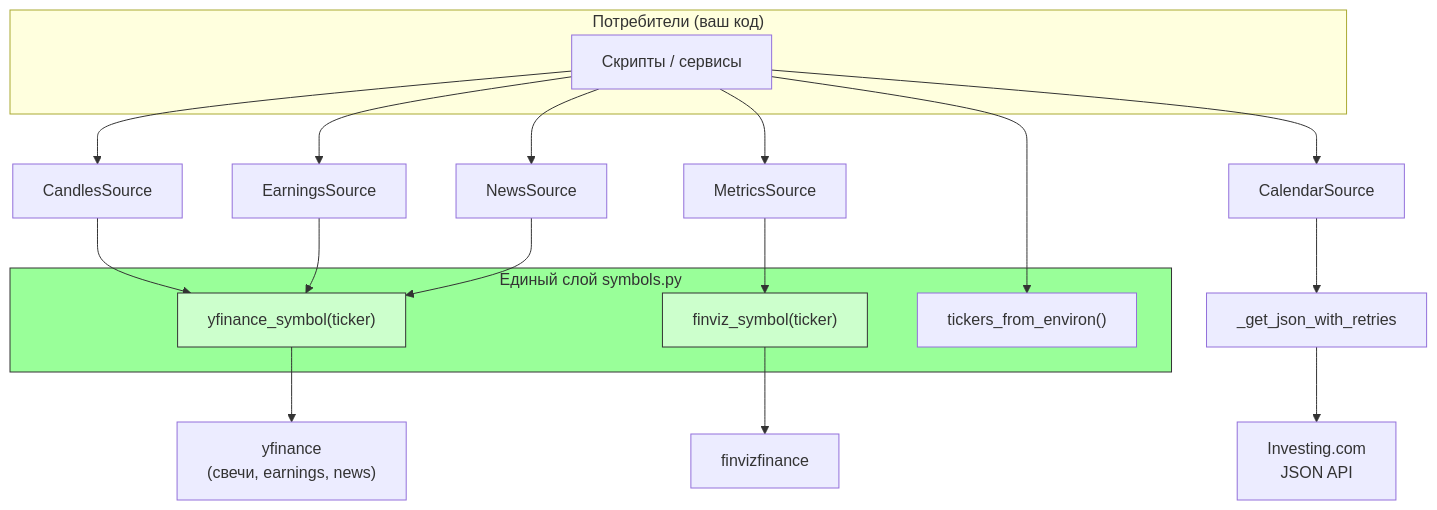
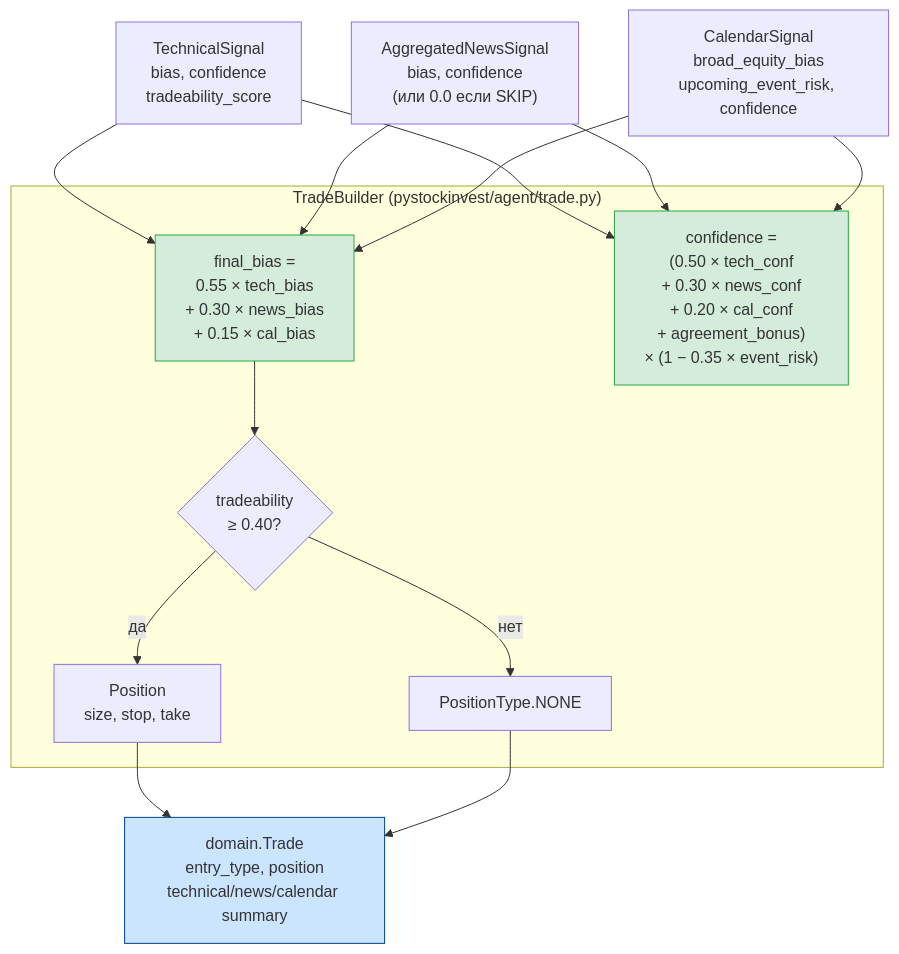
One commit to kobyzev-yuri/nyse changed the fifth of 6 diagrams in docs/dataflow.md. Above: the diagram before and after it, drawn with Mermaid. The commit also changed other lines of this file and 2 other files, not shown here.

First line of the commit message:
Add README and update dataflow diagrams

````diff
--- a/docs/dataflow.md
+++ b/docs/dataflow.md
@@ -51,33 +181,25 @@
 ```mermaid
 flowchart TB
-    subgraph consumers["Потребители (ваш код)"]
-        APP["Скрипты / сервисы"]
+    TS["TechnicalSignal\nbias, confidence\ntradeability_score"]
+    NS["AggregatedNewsSignal\nbias, confidence\n(или 0.0 если SKIP)"]
+    CS["CalendarSignal\nbroad_equity_bias\nupcoming_event_risk, confidence"]
+
+    subgraph TB_BOX["TradeBuilder (pystockinvest/agent/trade.py)"]
+        FBIAS["final_bias =\n0.55 × tech_bias\n+ 0.30 × news_bias\n+ 0.15 × cal_bias"]
+        FCONF["confidence =\n(0.50 × tech_conf\n+ 0.30 × news_conf\n+ 0.20 × cal_conf\n+ agreement_bonus)\n× (1 − 0.35 × event_risk)"]
+        CHECK{"tradeability\n≥ 0.40?"}
+        POS["Position\nsize, stop, take"]
+        NONE["PositionType.NONE"]
     end
 
-    subgraph sym["Единый слой symbols.py"]
-        YFS["yfinance_symbol(ticker)"]
-        FVS["finviz_symbol(ticker)"]
-        ENV["tickers_from_environ()"]
-    end
+    TRADE["domain.Trade\nentry_type, position\ntechnical/news/calendar summary"]
 
-    APP --> ENV
-    APP --> Candles["CandlesSource"]
-    APP --> Metrics["MetricsSource"]
-    APP --> Earn["EarningsSource"]
-    APP --> News["NewsSource"]
-    APP --> Cal["CalendarSource"]
+    TS & NS & CS --> FBIAS & FCONF
+    FBIAS --> CHECK
+    CHECK -- да --> POS --> TRADE
+    CHECK -- нет --> NONE --> TRADE
 
-    Candles --> YFS
-    Earn --> YFS
-    News --> YFS
-    Metrics --> FVS
-
-    YFS --> YF["yfinance\n(свечи, earnings, news)"]
-    FVS --> FV["finvizfinance"]
-    Cal --> RETRY["_get_json_with_retries"]
-    RETRY --> INV["Investing.com\nJSON API"]
-
-    style sym fill:#9f9,stroke:#333
-    style YFS fill:#cfc,stroke:#333
-    style FVS fill:#cfc,stroke:#333
+    style FBIAS fill:#d4edda,stroke:#28a745
+    style FCONF fill:#d4edda,stroke:#28a745
+    style TRADE fill:#cce5ff,stroke:#004085
 ```
````
